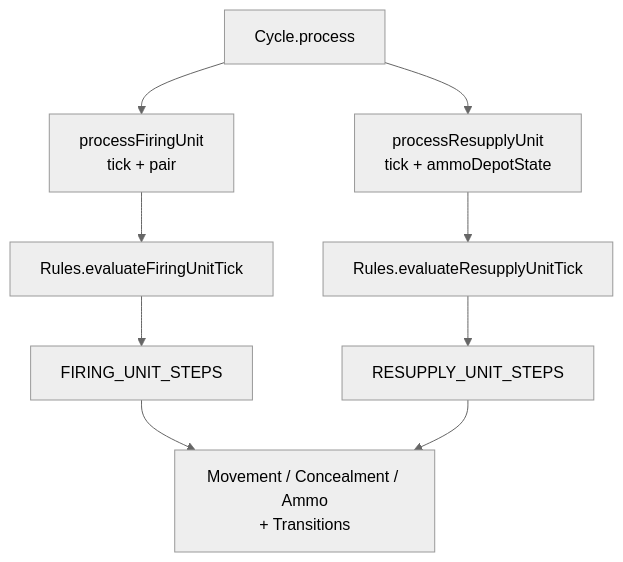
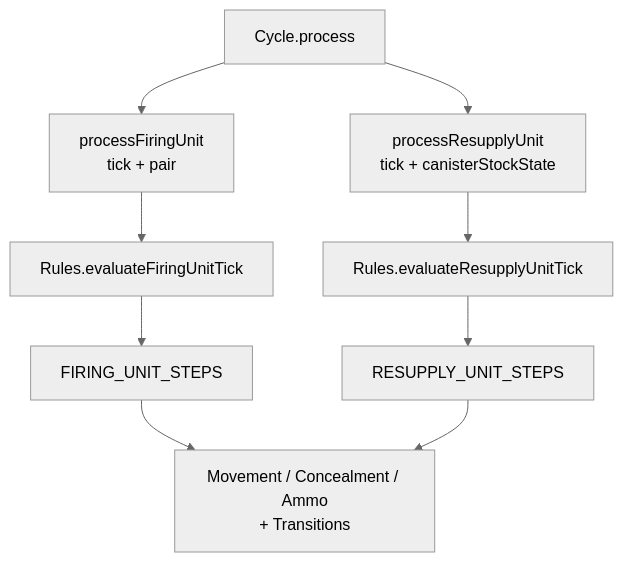
Before and after one commit to pullupjumper/formosa-in-flames: the diagram in docs/missileSystem/cycle.md, drawn with Mermaid (neutral theme). The commit also changed other lines of this file and 36 other files, not shown here.

First line of the commit message:
refactor(missileSystem): rename the ammo depot to canister stock

````diff
--- a/docs/missileSystem/cycle.md
+++ b/docs/missileSystem/cycle.md
@@ -32,11 +32,11 @@
 ```mermaid
 flowchart TD
     A[Cycle.process] --> B1[processFiringUnit<br/>tick + pair]
-    A --> C1[processResupplyUnit<br/>tick + ammoDepotState]
+    A --> C1[processResupplyUnit<br/>tick + canisterStockState]
     B1 --> R1[Rules.evaluateFiringUnitTick]
     C1 --> R2[Rules.evaluateResupplyUnitTick]
     R1 --> S1[FIRING_UNIT_STEPS]
     R2 --> S2[RESUPPLY_UNIT_STEPS]
     S1 --> X[Movement / Concealment / Ammo<br/>+ Transitions]
     S2 --> X
 ```
````
